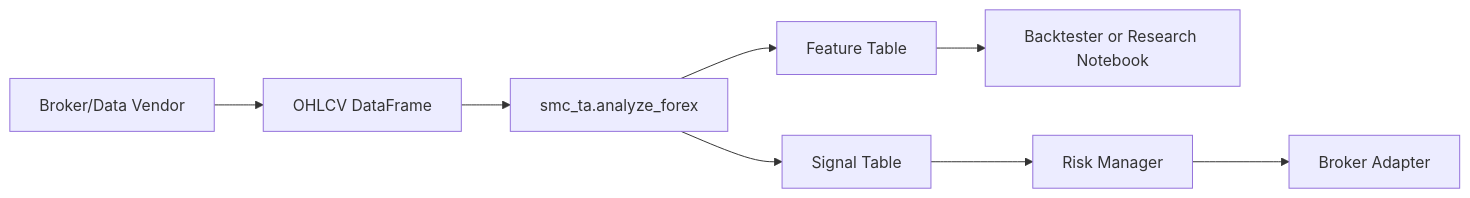
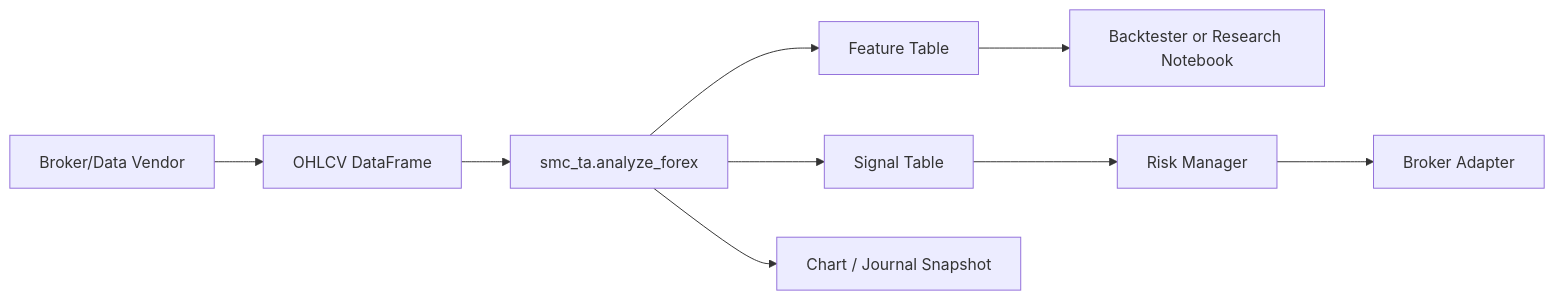
Before and after one commit to primebdsm/smcandta: the diagram in docs/BOT_INTEGRATION.md, drawn with Mermaid. The commit also changed other lines of this file and 10 other files, not shown here.

Commit message:
Add SMC TA chart visualization

````diff
--- a/docs/BOT_INTEGRATION.md
+++ b/docs/BOT_INTEGRATION.md
@@ -5,10 +5,11 @@
 ```mermaid
 flowchart LR
   A["Broker/Data Vendor"] --> B["OHLCV DataFrame"]
   B --> C["smc_ta.analyze_forex"]
   C --> D["Feature Table"]
   C --> E["Signal Table"]
   D --> F["Backtester or Research Notebook"]
   E --> G["Risk Manager"]
   G --> H["Broker Adapter"]
+  C --> I["Chart / Journal Snapshot"]
 ```
````
